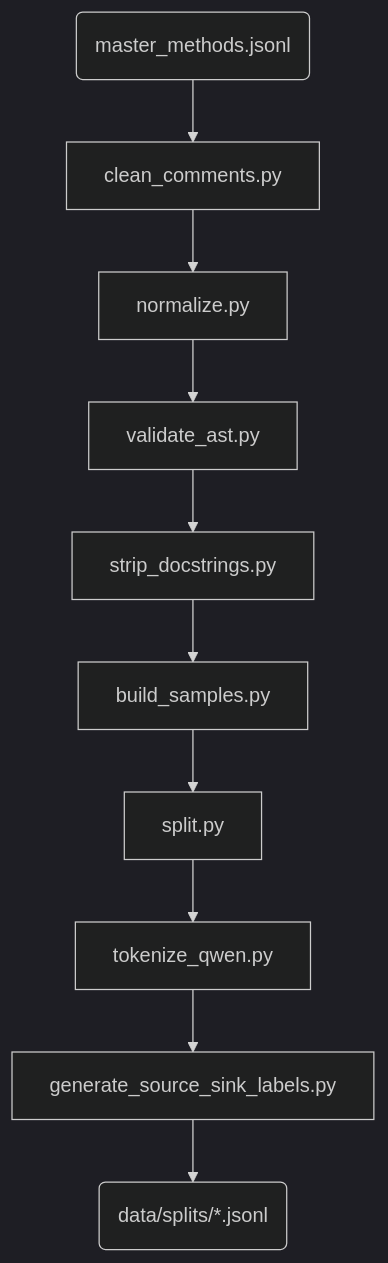
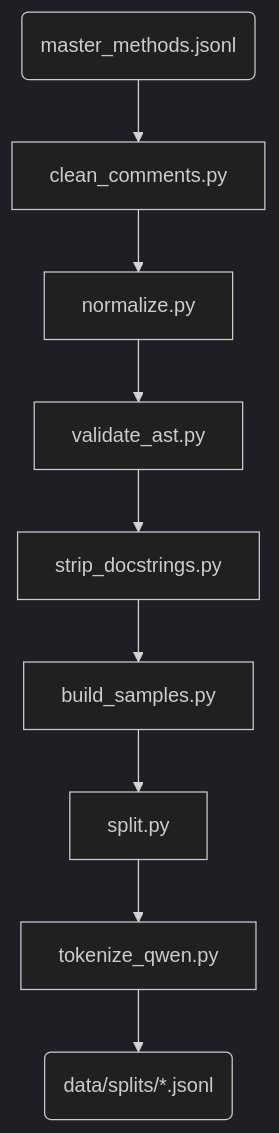
The diagram in scripts/preprocessing/README.md (NhatWoan-20/VulHunter), drawn with Mermaid (dark theme) before and after one commit. The commit also changed other lines of this file and 16 other files, not shown here.

Commit message:
docs: synchronize all documentation to 3-Task and 1.5B P100 architecture

````diff
--- a/scripts/preprocessing/README.md
+++ b/scripts/preprocessing/README.md
@@ -11,12 +11,11 @@
 ```mermaid
 flowchart TD
     A(master_methods.jsonl) --> B[clean_comments.py]
     B --> C[normalize.py]
     C --> D[validate_ast.py]
     D --> E[strip_docstrings.py]
     E --> F[build_samples.py]
     F --> G[split.py]
     G --> H[tokenize_qwen.py]
-    H --> I[generate_source_sink_labels.py]
-    I --> J(data/splits/*.jsonl)
+    H --> I(data/splits/*.jsonl)
 ```
````
